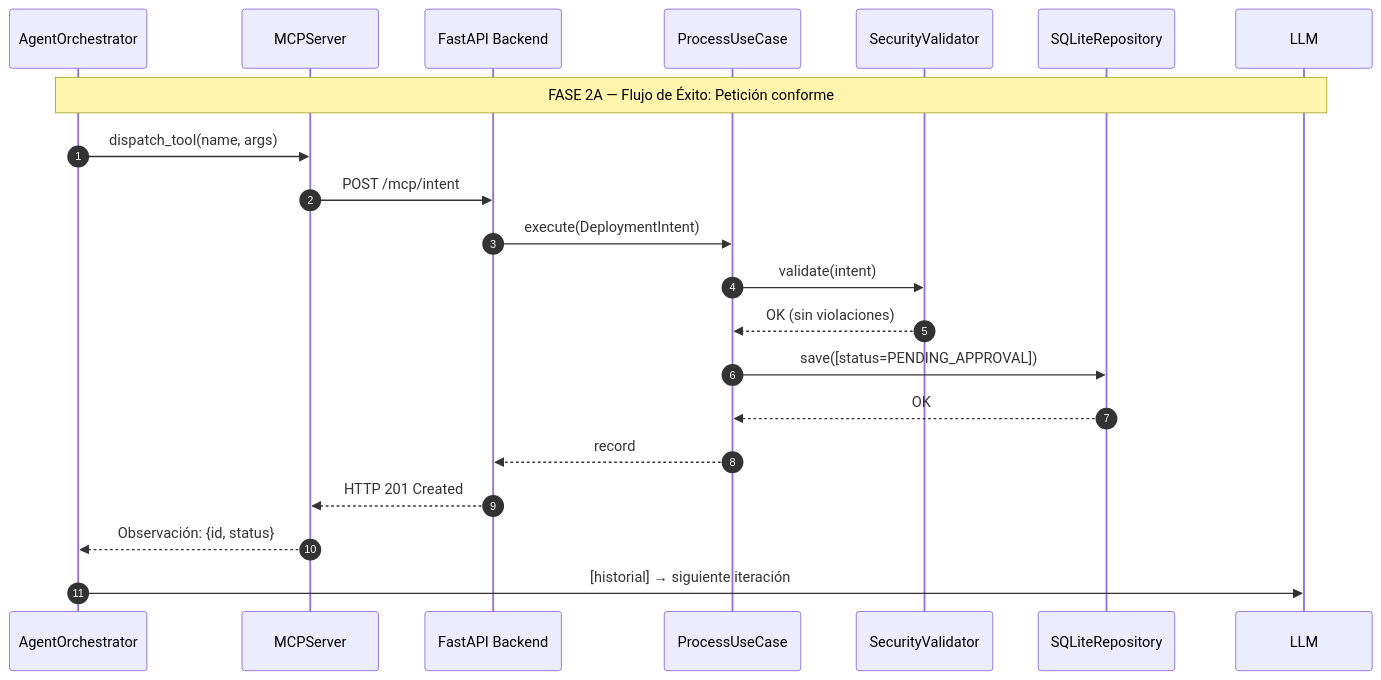
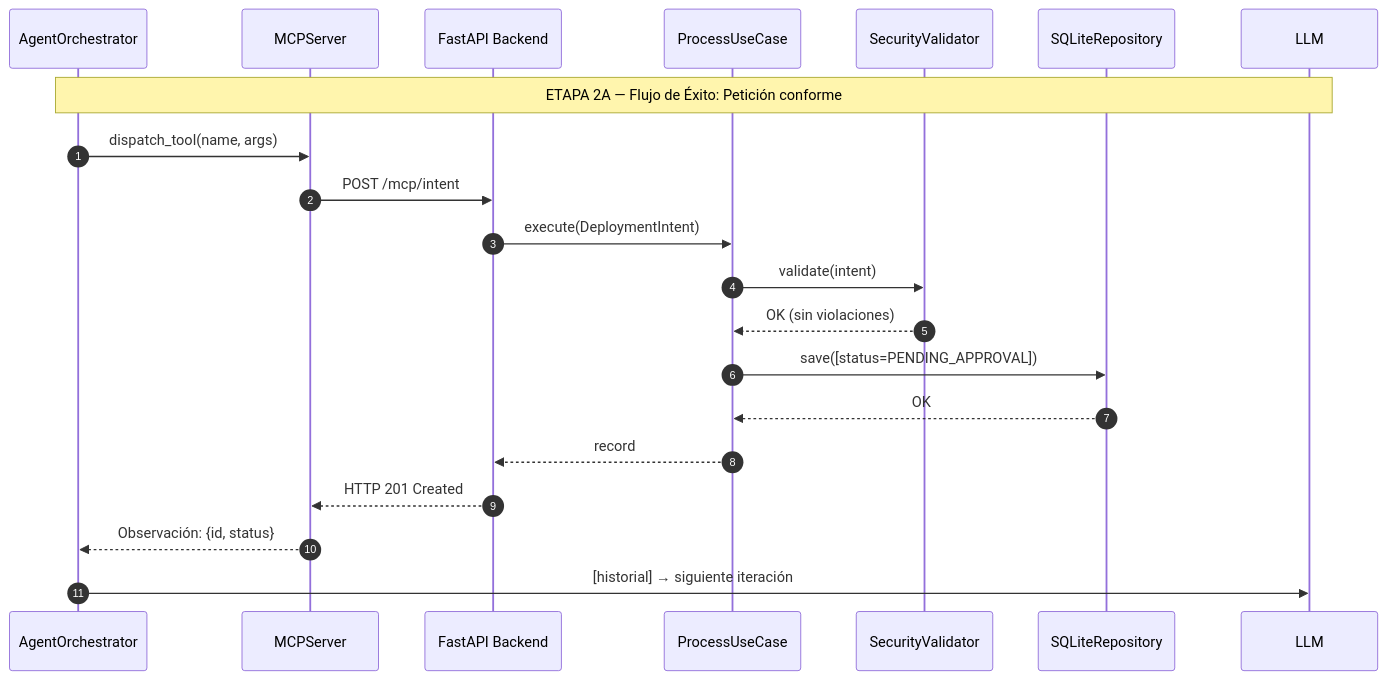
One commit to JesusSolisOrtega/agentic-deployer changed the seventh of 9 diagrams in memoria/4_Diseno_del_Sistema.md. Above: the diagram before and after it, drawn with Mermaid. The commit also changed other lines of this file and 15 other files, not shown here.

````diff
--- a/memoria/4_Diseno_del_Sistema.md
+++ b/memoria/4_Diseno_del_Sistema.md
@@ -465,24 +468,24 @@
 ```mermaid
 sequenceDiagram
   autonumber
   participant Orch as AgentOrchestrator
   participant MCP as MCPServer
   participant API as FastAPI Backend
   participant UseCase as ProcessUseCase
   participant Sec as SecurityValidator
   participant Store as SQLiteRepository
   participant LLM as LLM
 
-  Note over Orch,LLM: FASE 2A — Flujo de Éxito: Petición conforme
+  Note over Orch,LLM: ETAPA 2A — Flujo de Éxito: Petición conforme
   Orch->>MCP: dispatch_tool(name, args)
   MCP->>API: POST /mcp/intent
   API->>UseCase: execute(DeploymentIntent)
   UseCase->>Sec: validate(intent)
   Sec-->>UseCase: OK (sin violaciones)
   UseCase->>Store: save([status=PENDING_APPROVAL])
   Store-->>UseCase: OK
   UseCase-->>API: record
   API-->>MCP: HTTP 201 Created
   MCP-->>Orch: Observación: {id, status}
   Orch->>LLM: [historial] → siguiente iteración
 ```
````
